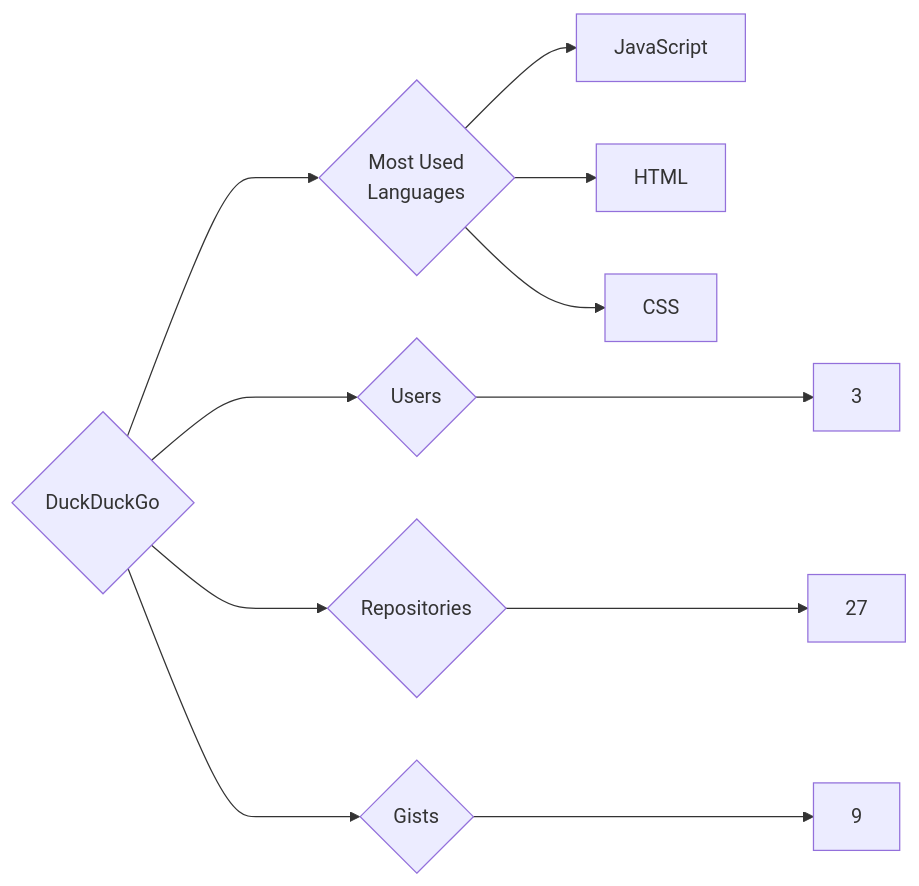
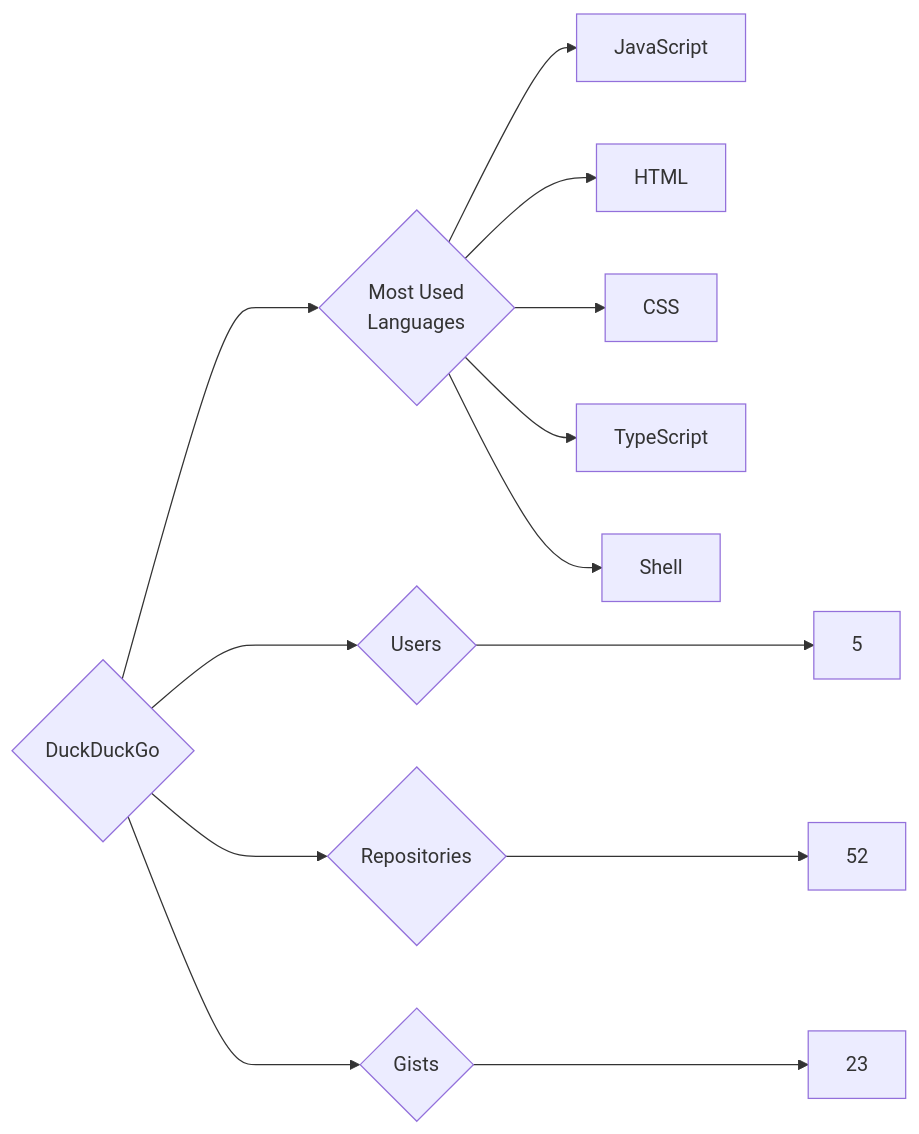
The diagram in targets/DuckDuckGo/README.md (trickest/insiders), drawn with Mermaid before and after one commit. The commit also changed 857 other files, not shown here.

````diff
--- a/targets/DuckDuckGo/README.md
+++ b/targets/DuckDuckGo/README.md
@@ -3,11 +3,13 @@
 ```mermaid
 graph LR
 COMPANY_NAME{DuckDuckGo}
-COMPANY_NAME ---> U{Users} ---> UN[3]
-COMPANY_NAME ---> R{Repositories} ---> RN[27]
-COMPANY_NAME ---> G{Gists} ---> GN[9]
+COMPANY_NAME ---> U{Users} ---> UN[5]
+COMPANY_NAME ---> R{Repositories} ---> RN[52]
+COMPANY_NAME ---> G{Gists} ---> GN[23]
 COMPANY_NAME ---> ML{Most Used<br>Languages}
 ML --> JavaScript[JavaScript]
 ML --> HTML[HTML]
 ML --> CSS[CSS]
+ML --> TypeScript[TypeScript]
+ML --> Shell[Shell]
 ```
````
